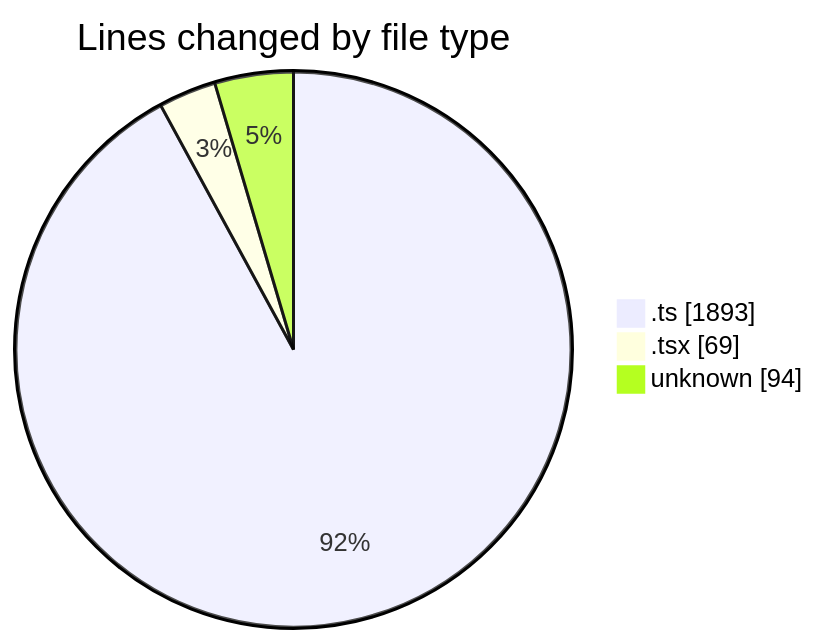
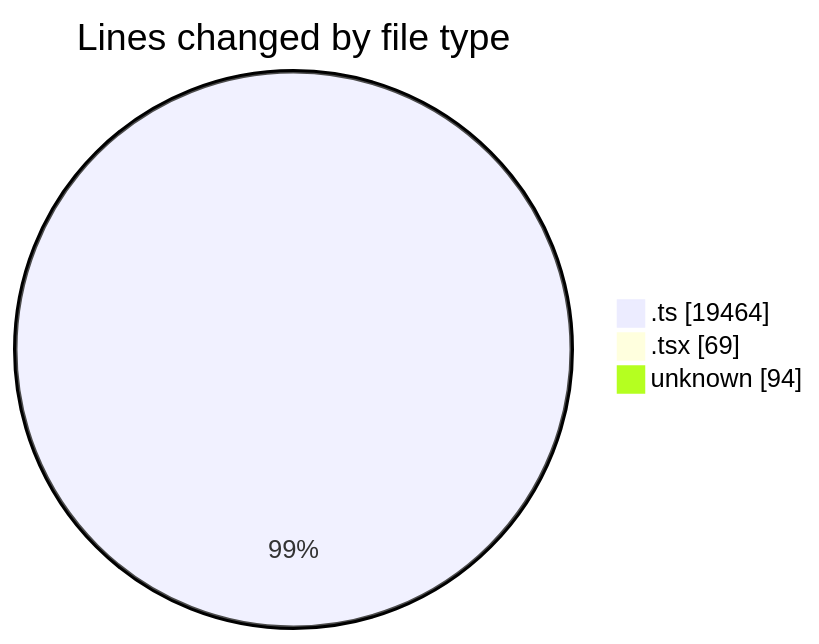
Before and after one commit to momahboobian/code-tracking: the first of 2 diagrams in 2025-09-11/cda/README.md, drawn with Mermaid. The commit also changed other lines of this file and 1 other file, not shown here.

````diff
--- a/2025-09-11/cda/README.md
+++ b/2025-09-11/cda/README.md
@@ -29,7 +30,7 @@
 ```mermaid
 pie showData
 title Lines changed by file type
-".ts" : 1893
+".ts" : 19464
 ".tsx" : 69
 "unknown" : 94
 ```
````
